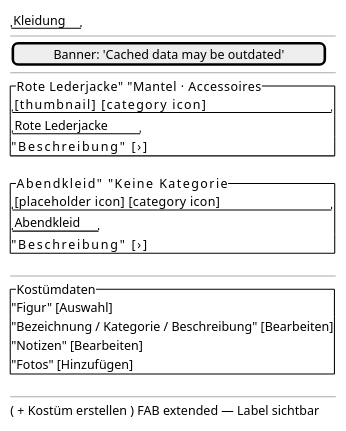
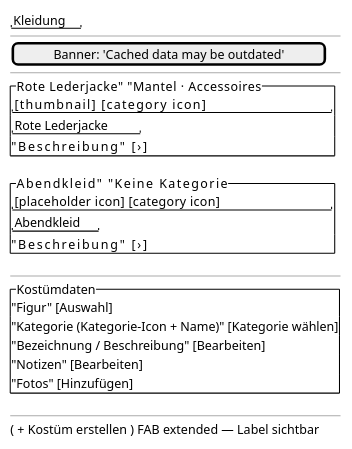
One commit to tradem/breakdown-rs changed the diagram in docs/design/screens/costumes.md. Above: the diagram before and after it, drawn with PlantUML. The commit also changed other lines of this file and 14 other files, not shown here.

````diff
--- a/docs/design/screens/costumes.md
+++ b/docs/design/screens/costumes.md
@@ -17,26 +17,27 @@
 ```plantuml
 @startsalt
 {
   "Kleidung"
   --
   [Banner: 'Cached data may be outdated']
   --
   {^ "Rote Lederjacke"       "Mantel · Accessoires"
      " [thumbnail]           [category icon]"
      "Rote Lederjacke"
      "Beschreibung"          [›]}
   {^ "Abendkleid"             "Keine Kategorie"
      " [placeholder icon]    [category icon]"
      "Abendkleid"
      "Beschreibung"          [›]}
   --
   {^ "Kostümdaten"
      "Figur" [Auswahl]
-     "Bezeichnung / Kategorie / Beschreibung" [Bearbeiten]
+     "Kategorie (Kategorie-Icon + Name)" [Kategorie wählen]
+     "Bezeichnung / Beschreibung" [Bearbeiten]
      "Notizen" [Bearbeiten]
      "Fotos" [Hinzufügen]}
   --
   ( + Kostüm erstellen ) FAB extended — Label sichtbar
 }
 @endsalt
 ```
````
